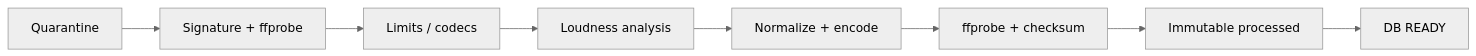
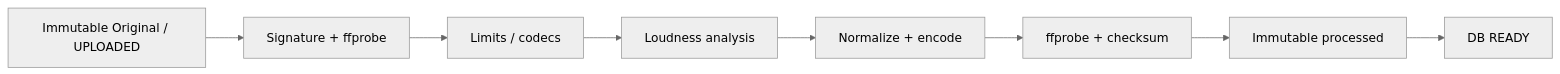
The first of 2 diagrams in docs/AUDIO_PIPELINE.md (Mtzallqmy/Quran-yomk), drawn with Mermaid (neutral theme) before and after one commit. The commit also changed other lines of this file and 11 other files, not shown here.

````diff
--- a/docs/AUDIO_PIPELINE.md
+++ b/docs/AUDIO_PIPELINE.md
@@ -36,10 +35,10 @@
 ```mermaid
 flowchart LR
-  Upload["Quarantine"] --> Sniff["Signature + ffprobe"]
+  Upload["Immutable Original / UPLOADED"] --> Sniff["Signature + ffprobe"]
   Sniff --> Validate["Limits / codecs"]
   Validate --> Pass1["Loudness analysis"]
   Pass1 --> Encode["Normalize + encode"]
   Encode --> Verify["ffprobe + checksum"]
   Verify --> Store["Immutable processed"]
   Store --> Ready["DB READY"]
 ```
````
